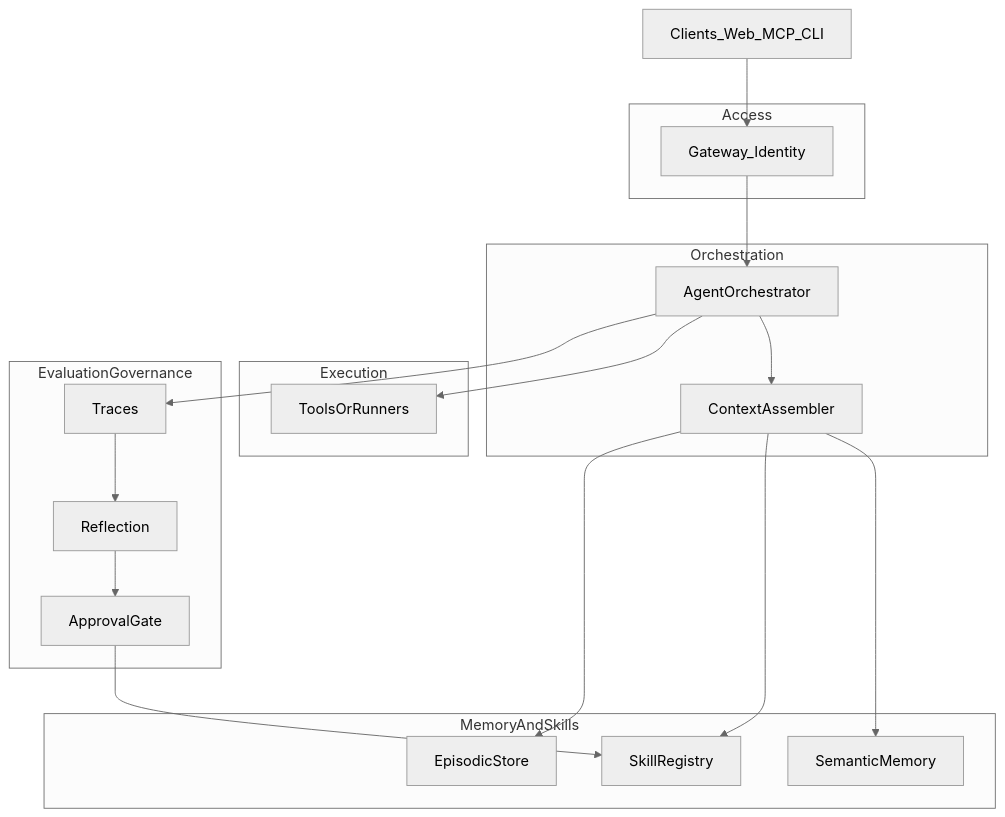
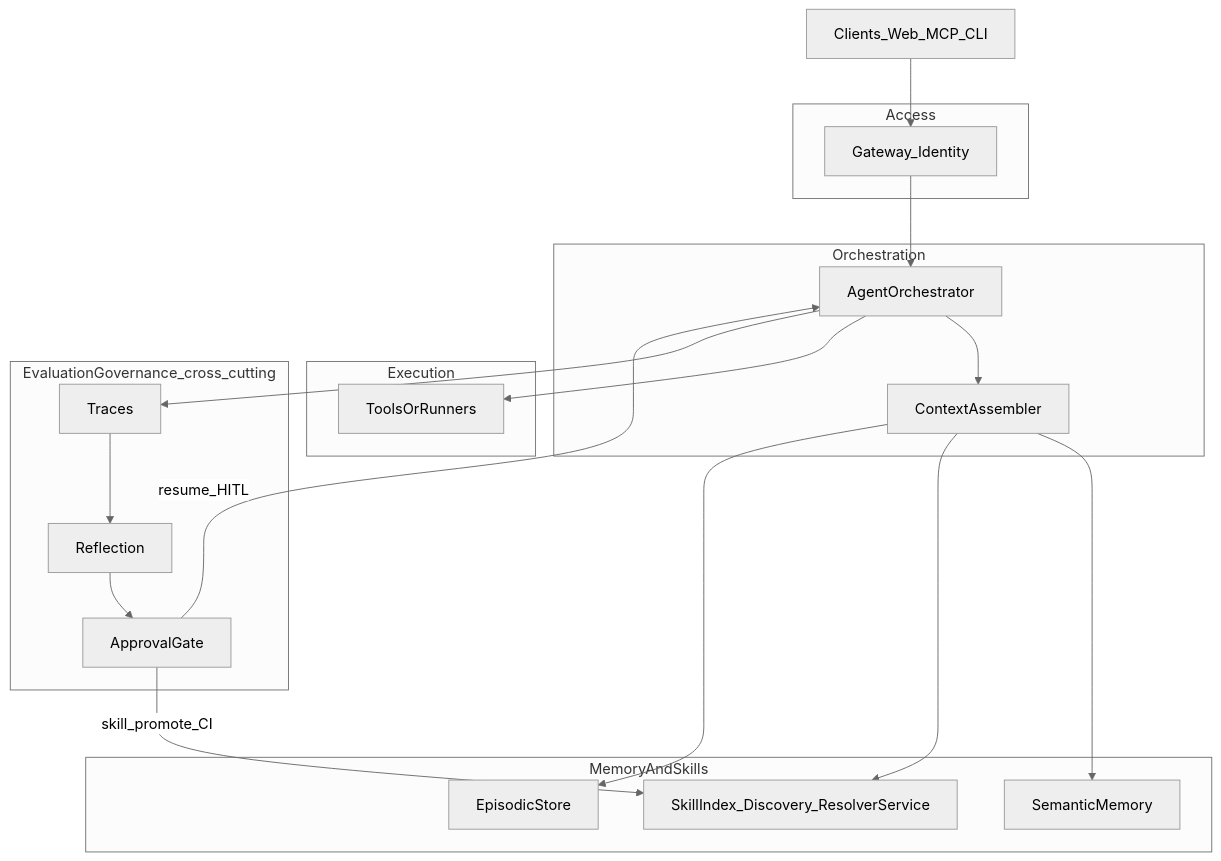
Before and after one commit to shivank22/ICE: the diagram in SKILLS/backend/assets/diagrams/01-context-layers.mmd, drawn with Mermaid (neutral theme). The commit also changed 48 other files, not shown here.

```diff
--- a/SKILLS/backend/assets/diagrams/01-context-layers.mmd
+++ b/SKILLS/backend/assets/diagrams/01-context-layers.mmd
@@ -1,31 +1,33 @@
 %% Context diagram — platform layers
 flowchart TB
   Client[Clients_Web_MCP_CLI]
   subgraph access [Access]
     Gw[Gateway_Identity]
   end
   subgraph orch [Orchestration]
     Orch[AgentOrchestrator]
     Ctx[ContextAssembler]
   end
   subgraph mem [MemoryAndSkills]
     Sem[SemanticMemory]
-    Reg[SkillRegistry]
+    Skills[SkillIndex_Discovery_ResolverService]
     Epi[EpisodicStore]
   end
   subgraph exec [Execution]
     Tools[ToolsOrRunners]
   end
-  subgraph gov [EvaluationGovernance]
+  subgraph gov [EvaluationGovernance_cross_cutting]
     Trace[Traces]
     Reflect[Reflection]
     Approve[ApprovalGate]
   end
   Client --> Gw --> Orch
   Orch --> Ctx
   Ctx --> Sem
-  Ctx --> Reg
+  Ctx --> Skills
   Ctx --> Epi
   Orch --> Tools
   Orch --> Trace
-  Trace --> Reflect --> Approve --> Reg
+  Trace --> Reflect --> Approve
+  Approve -->|resume_HITL| Orch
+  Approve -->|skill_promote_CI| Skills
```
